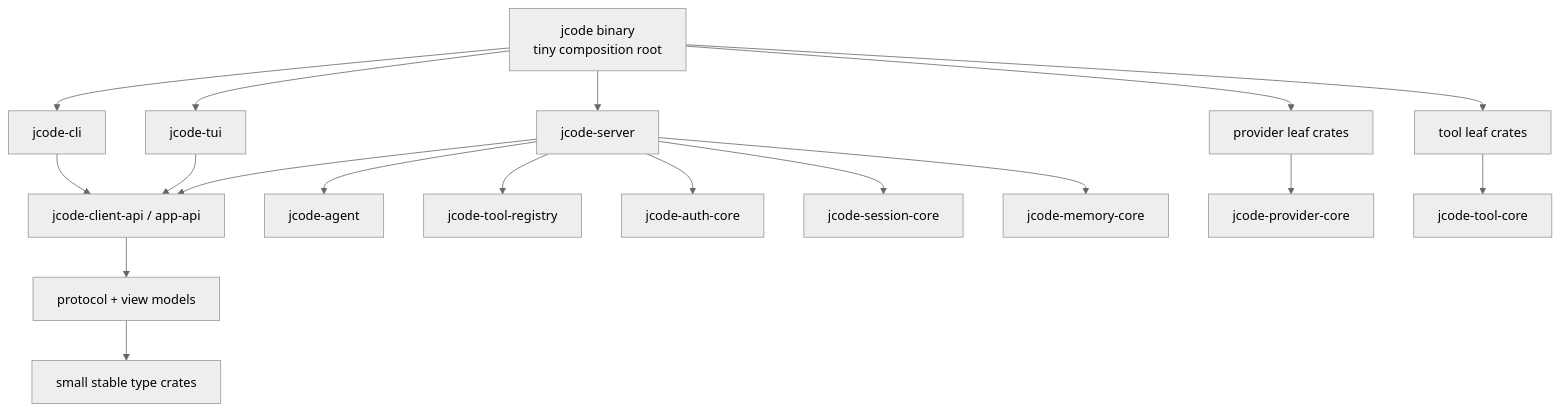
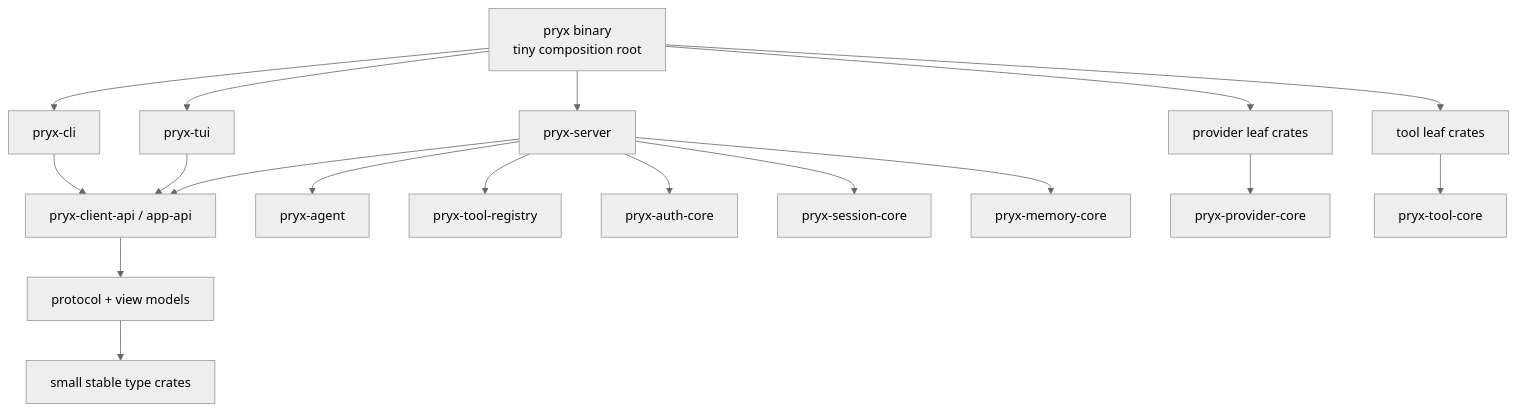
Before and after one commit to irfndi/pryx: the second of 2 diagrams in docs/COMPILE_TIME_ISOLATION_REFACTOR.md, drawn with Mermaid (neutral theme). The commit also changed other lines of this file and 2678 other files, not shown here.

First line of the commit message:
refactor: rename jcode to pryx across the entire codebase

````diff
--- a/docs/COMPILE_TIME_ISOLATION_REFACTOR.md
+++ b/docs/COMPILE_TIME_ISOLATION_REFACTOR.md
@@ -72,24 +72,24 @@
 ```mermaid
 graph TD
-    bin["jcode binary\ntiny composition root"] --> cli["jcode-cli"]
-    bin --> tui["jcode-tui"]
-    bin --> server["jcode-server"]
+    bin["pryx binary\ntiny composition root"] --> cli["pryx-cli"]
+    bin --> tui["pryx-tui"]
+    bin --> server["pryx-server"]
     bin --> providers["provider leaf crates"]
     bin --> tools["tool leaf crates"]
 
-    cli --> api["jcode-client-api / app-api"]
+    cli --> api["pryx-client-api / app-api"]
     tui --> api
     server --> api
 
     api --> protocol["protocol + view models"]
     protocol --> types["small stable type crates"]
 
-    server --> agent["jcode-agent"]
-    server --> registry["jcode-tool-registry"]
-    server --> auth["jcode-auth-core"]
-    server --> session["jcode-session-core"]
-    server --> memory["jcode-memory-core"]
+    server --> agent["pryx-agent"]
+    server --> registry["pryx-tool-registry"]
+    server --> auth["pryx-auth-core"]
+    server --> session["pryx-session-core"]
+    server --> memory["pryx-memory-core"]
 
-    providers --> provider_core["jcode-provider-core"]
-    tools --> tool_core["jcode-tool-core"]
+    providers --> provider_core["pryx-provider-core"]
+    tools --> tool_core["pryx-tool-core"]
 ```
````
